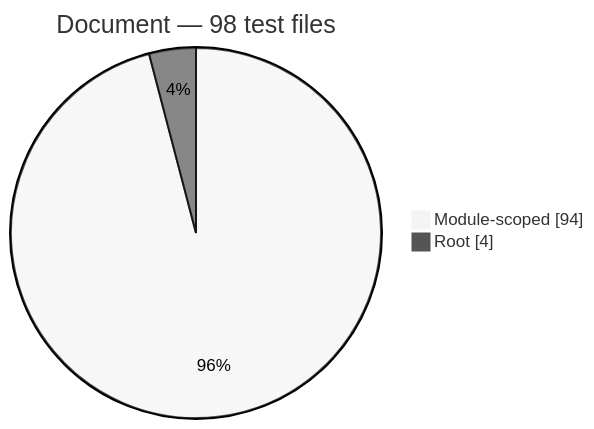
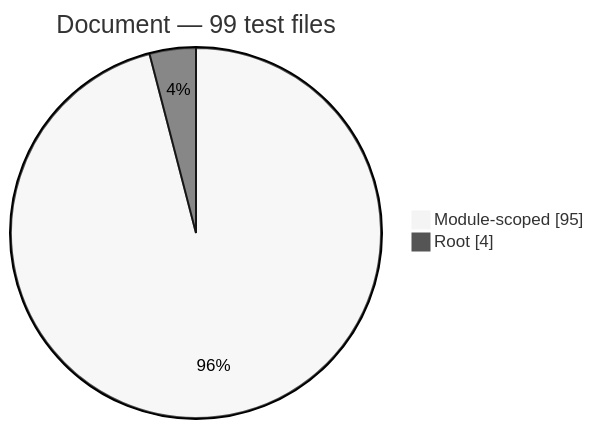
Before and after one commit to PHP-Arazzo/php-arazzo: the fourth of 13 diagrams in docs/generated/test-composition.md, drawn with Mermaid (neutral theme). The commit also changed other lines of this file and 247 other files, not shown here.

````diff
--- a/docs/generated/test-composition.md
+++ b/docs/generated/test-composition.md
@@ -60,6 +60,6 @@
 ```mermaid
 pie showData
-    title Document — 98 test files
-    "Module-scoped": 94
+    title Document — 99 test files
+    "Module-scoped": 95
     "Root": 4
 ```
````
